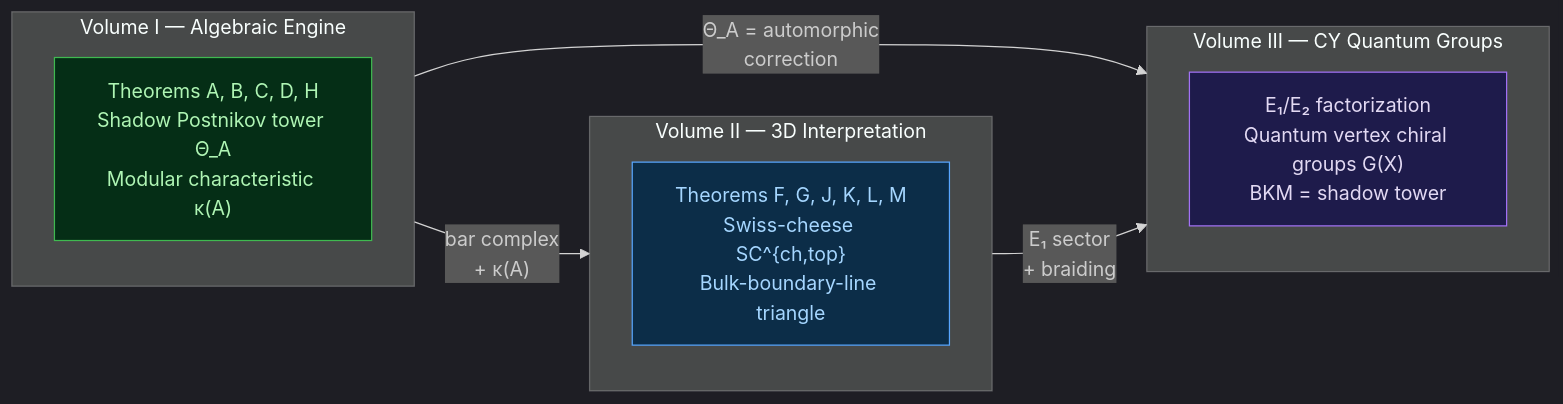
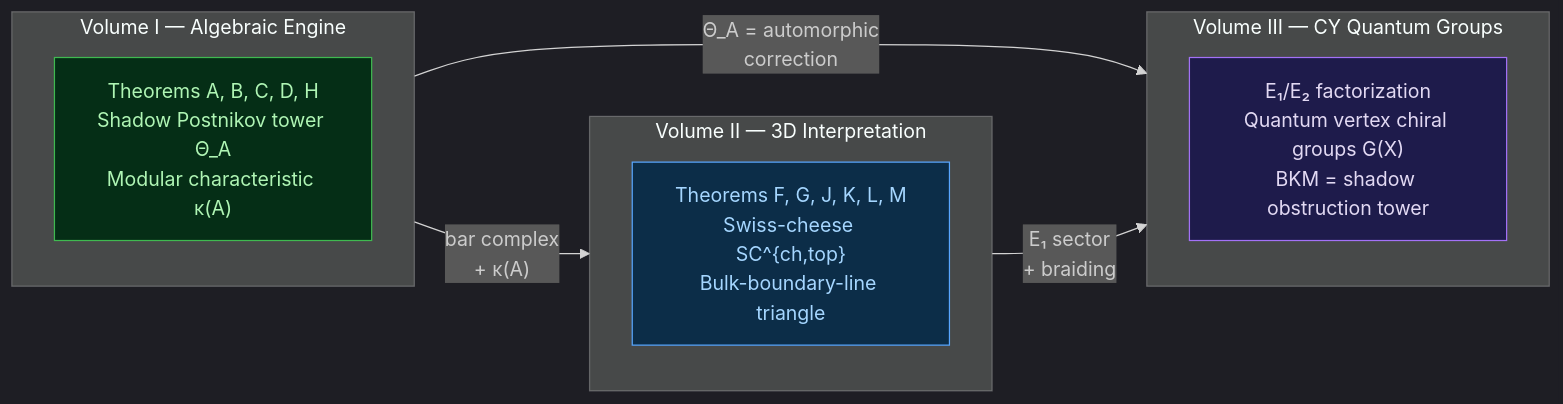
One commit to raeez/chiral-bar-cobar changed the first of 2 diagrams in README.md. Above: the diagram before and after it, drawn with Mermaid. The commit also changed other lines of this file and 639 other files, not shown here.

````diff
--- a/README.md
+++ b/README.md
@@ -58,23 +58,23 @@
 ```mermaid
 %%{init:{'theme':'dark'}}%%
 graph LR
     subgraph V1["Volume I — Algebraic Engine"]
         T1["Theorems A, B, C, D, H<br>Shadow Postnikov tower Θ_A<br>Modular characteristic κ(A)"]
     end
 
     subgraph V2["Volume II — 3D Interpretation"]
         T2["Theorems F, G, J, K, L, M<br>Swiss-cheese SC^{ch,top}<br>Bulk-boundary-line triangle"]
     end
 
     subgraph V3["Volume III — CY Quantum Groups"]
-        T3["E₁/E₂ factorization<br>Quantum vertex chiral groups G(X)<br>BKM = shadow tower"]
+        T3["E₁/E₂ factorization<br>Quantum vertex chiral groups G(X)<br>BKM = shadow obstruction tower"]
     end
 
     V1 -->|"bar complex<br>+ κ(A)"| V2
     V1 -->|"Θ_A = automorphic<br>correction"| V3
     V2 -->|"E₁ sector<br>+ braiding"| V3
 
     style T1 fill:#052e16,stroke:#3fb950,color:#aff5b4
     style T2 fill:#0c2d48,stroke:#58a6ff,color:#a5d6ff
     style T3 fill:#1e1b4b,stroke:#a371f7,color:#e2d9f3
 ```
````
